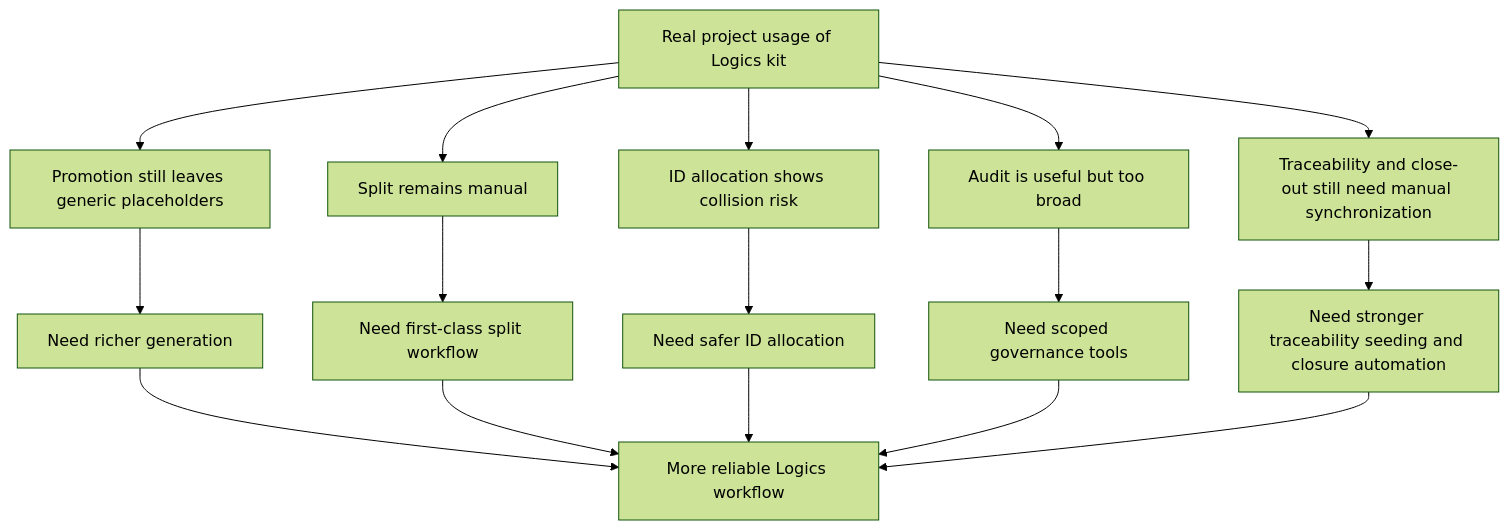
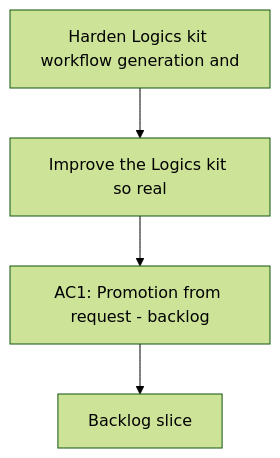
One commit to AlexAgo83/logics-manager changed the diagram in logics/request/req_025_harden_logics_kit_workflow_generation_and_governance_from_real_usage.md. Above: the diagram before and after it, drawn with Mermaid (forest theme). The commit also changed other lines of this file and 481 other files, not shown here.

Commit message:
Normalize Logics docs and workflow indicators

````diff
--- a/logics/request/req_025_harden_logics_kit_workflow_generation_and_governance_from_real_usage.md
+++ b/logics/request/req_025_harden_logics_kit_workflow_generation_and_governance_from_real_usage.md
@@ -55,19 +55,8 @@
 ```mermaid
+%% logics-kind: request
 %% logics-signature: request|harden-logics-kit-workflow-generation-an|improve-the-logics-kit-so-real|ac1-promotion-from-request-backlog
 flowchart TD
-    A[Real project usage of Logics kit] --> B[Promotion still leaves generic placeholders]
-    A --> C[Split remains manual]
-    A --> D[ID allocation shows collision risk]
-    A --> E[Audit is useful but too broad]
-    A --> F[Traceability and close-out still need manual synchronization]
-    B --> G[Need richer generation]
-    C --> H[Need first-class split workflow]
-    D --> I[Need safer ID allocation]
-    E --> J[Need scoped governance tools]
-    F --> K[Need stronger traceability seeding and closure automation]
-    G --> L[More reliable Logics workflow]
-    H --> L
-    I --> L
-    J --> L
-    K --> L
+    Trigger[Harden Logics kit workflow generation and] --> Need[Improve the Logics kit so real]
+    Need --> Outcome[AC1: Promotion from request - backlog]
+    Outcome --> Backlog[Backlog slice]
 ```
````
